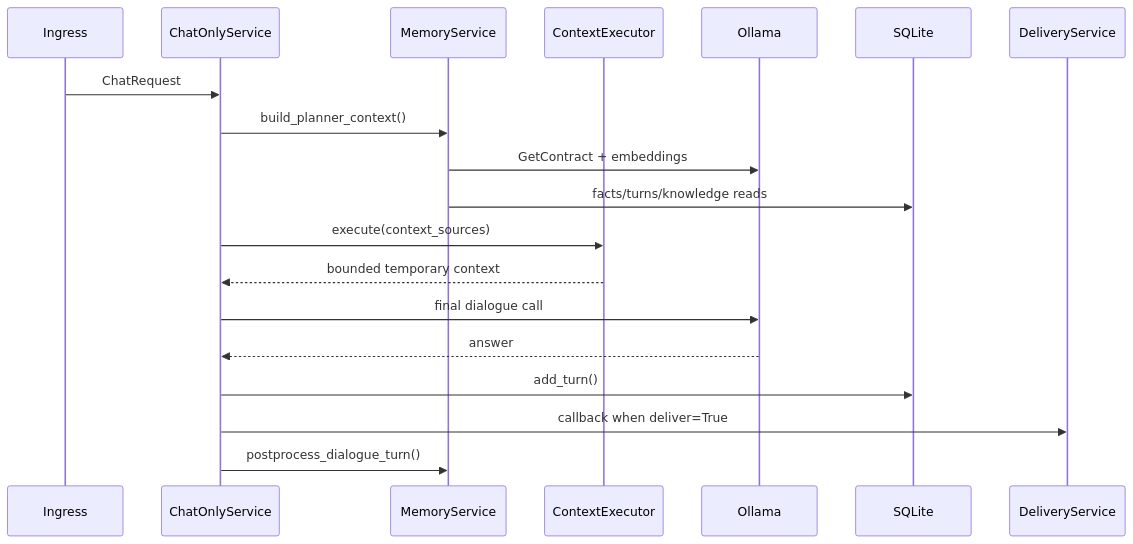
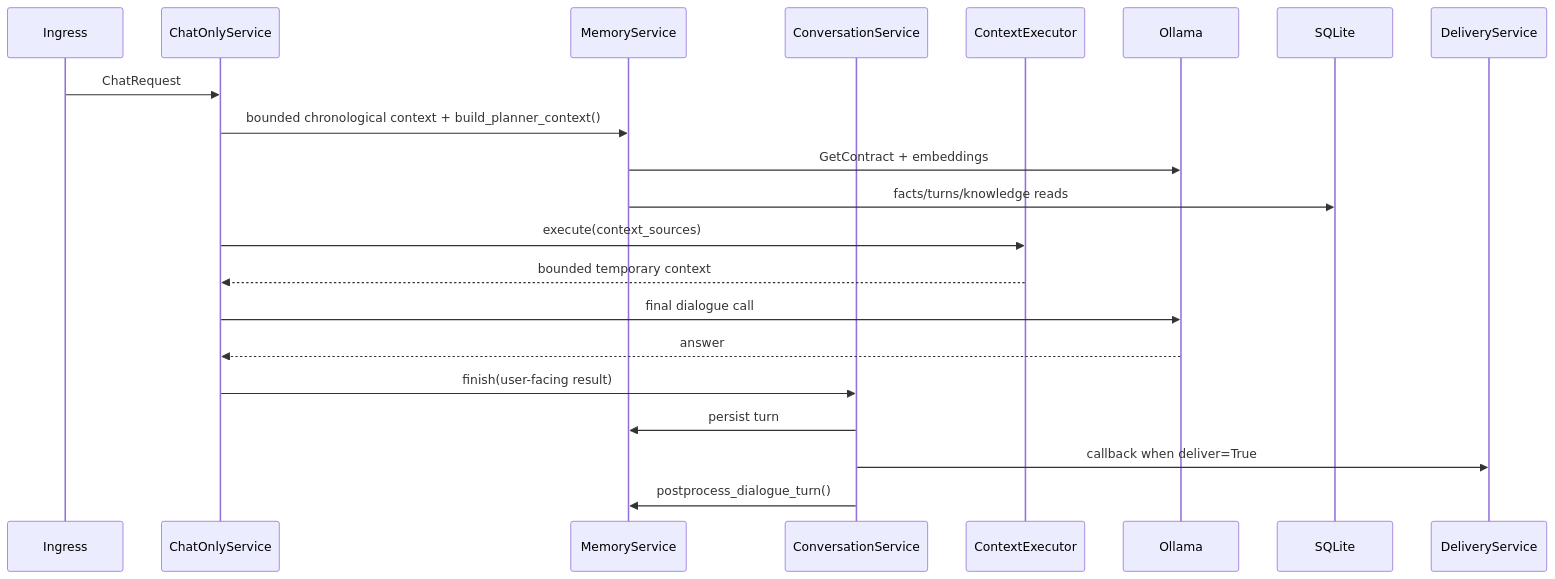
The second of 2 diagrams in docs/ARCHITECTURE.md (stanitski/Lumen), drawn with Mermaid before and after one commit. The commit also changed other lines of this file and 68 other files, not shown here.

````diff
--- a/docs/ARCHITECTURE.md
+++ b/docs/ARCHITECTURE.md
@@ -60,21 +69,23 @@
 ```mermaid
 sequenceDiagram
     participant U as Ingress
     participant C as ChatOnlyService
     participant M as MemoryService
+    participant V as ConversationService
     participant X as ContextExecutor
     participant O as Ollama
     participant DB as SQLite
     participant D as DeliveryService
     U->>C: ChatRequest
-    C->>M: build_planner_context()
+    C->>M: bounded chronological context + build_planner_context()
     M->>O: GetContract + embeddings
     M->>DB: facts/turns/knowledge reads
     C->>X: execute(context_sources)
     X-->>C: bounded temporary context
     C->>O: final dialogue call
     O-->>C: answer
-    C->>DB: add_turn()
-    C->>D: callback when deliver=True
-    C->>M: postprocess_dialogue_turn()
+    C->>V: finish(user-facing result)
+    V->>M: persist turn
+    V->>D: callback when deliver=True
+    V->>M: postprocess_dialogue_turn()
 ```
````
